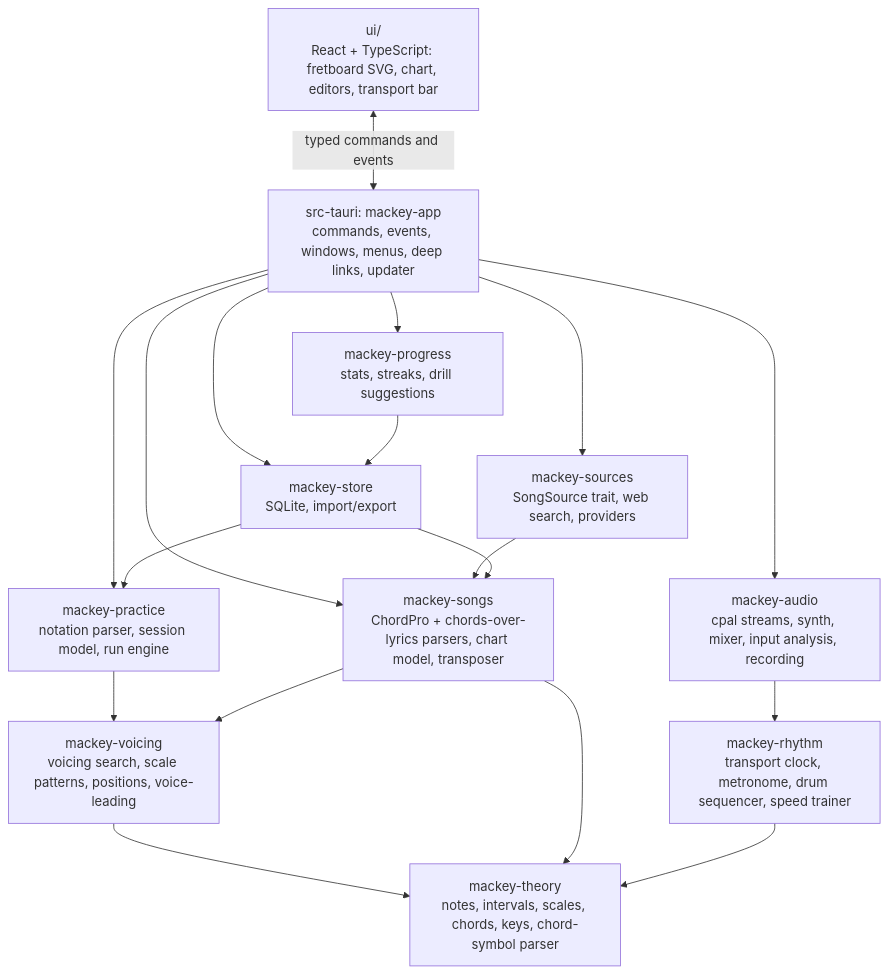
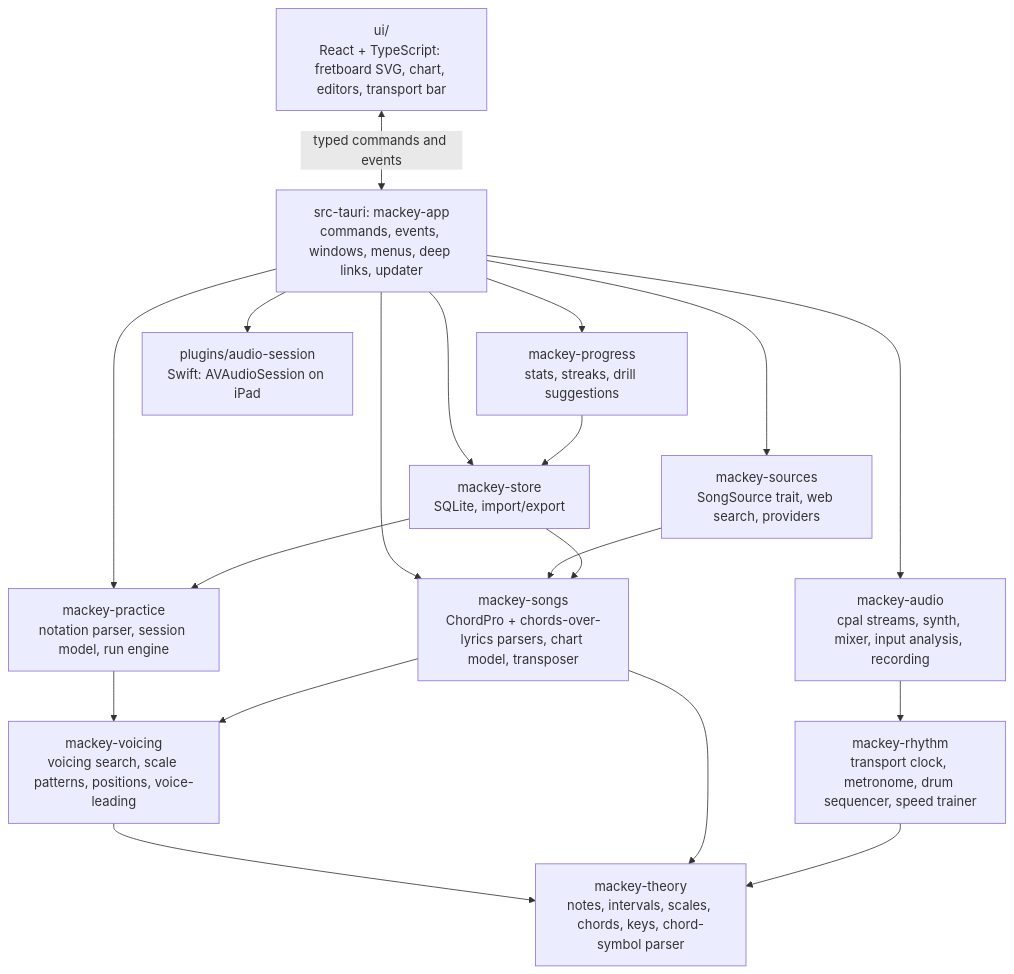
Before and after one commit to stainedhead/mackey-guitar-tutor: the first of 3 diagrams in docs/architecture.md, drawn with Mermaid. The commit also changed other lines of this file and 13 other files, not shown here.

````diff
--- a/docs/architecture.md
+++ b/docs/architecture.md
@@ -23,24 +23,26 @@
 ```mermaid
 flowchart TD
     UI[ui/<br/>React + TypeScript: fretboard SVG, chart, editors, transport bar]
     App[src-tauri: mackey-app<br/>commands, events, windows, menus, deep links, updater]
     Theory[mackey-theory<br/>notes, intervals, scales, chords, keys, chord-symbol parser]
     Voicing[mackey-voicing<br/>voicing search, scale patterns, positions, voice-leading]
     Practice[mackey-practice<br/>notation parser, session model, run engine]
     Songs[mackey-songs<br/>ChordPro + chords-over-lyrics parsers, chart model, transposer]
     Rhythm[mackey-rhythm<br/>transport clock, metronome, drum sequencer, speed trainer]
     Audio[mackey-audio<br/>cpal streams, synth, mixer, input analysis, recording]
     Progress[mackey-progress<br/>stats, streaks, drill suggestions]
     Store[mackey-store<br/>SQLite, import/export]
     Sources[mackey-sources<br/>SongSource trait, web search, providers]
+    Session[plugins/audio-session<br/>Swift: AVAudioSession on iPad]
 
     UI <-->|typed commands and events| App
     App --> Practice & Songs & Store & Sources & Audio & Progress
     Voicing --> Theory
     Practice --> Voicing
     Songs --> Theory & Voicing
     Sources --> Songs
     Audio --> Rhythm --> Theory
+    App --> Session
     Progress --> Store
     Store --> Practice & Songs
 ```
````
